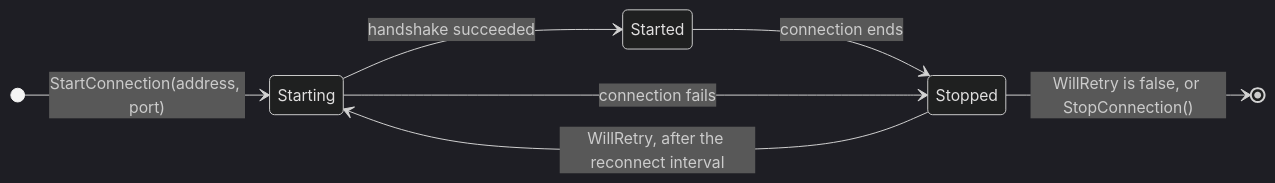
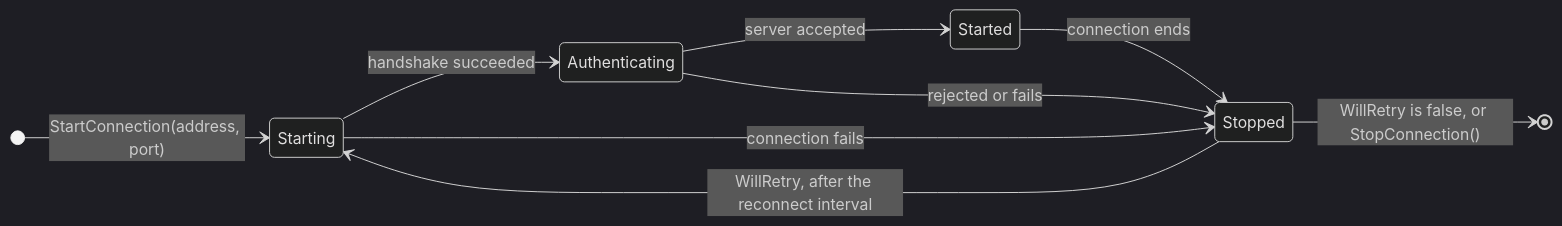
Before and after one commit to fomoxa/unity-docs: the second of 4 diagrams in concepts/lifecycle.md, drawn with Mermaid (dark theme). The commit also changed other lines of this file and 33 other files, not shown here.

````diff
--- a/concepts/lifecycle.md
+++ b/concepts/lifecycle.md
@@ -40,10 +41,12 @@
 ```mermaid
 stateDiagram-v2
     direction LR
     [*] --> Starting: StartConnection(address, port)
-    Starting --> Started: handshake succeeded
+    Starting --> Authenticating: handshake succeeded
+    Authenticating --> Started: server accepted
     Started --> Stopped: connection ends
     Starting --> Stopped: connection fails
+    Authenticating --> Stopped: rejected or fails
     Stopped --> Starting: WillRetry, after the reconnect interval
     Stopped --> [*]: WillRetry is false, or StopConnection()
 ```
````
